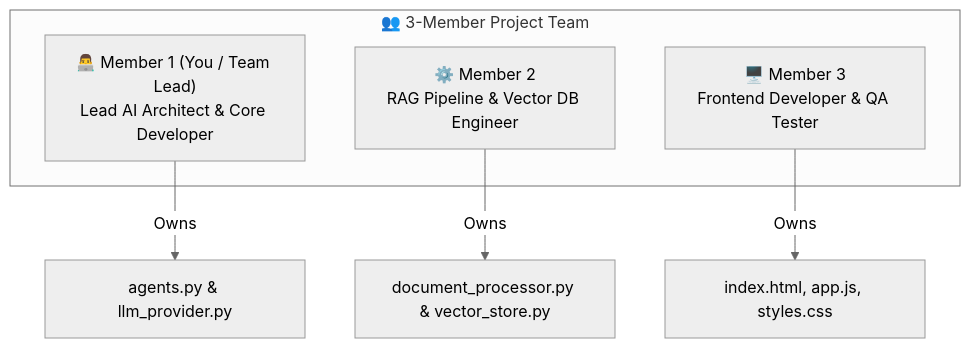
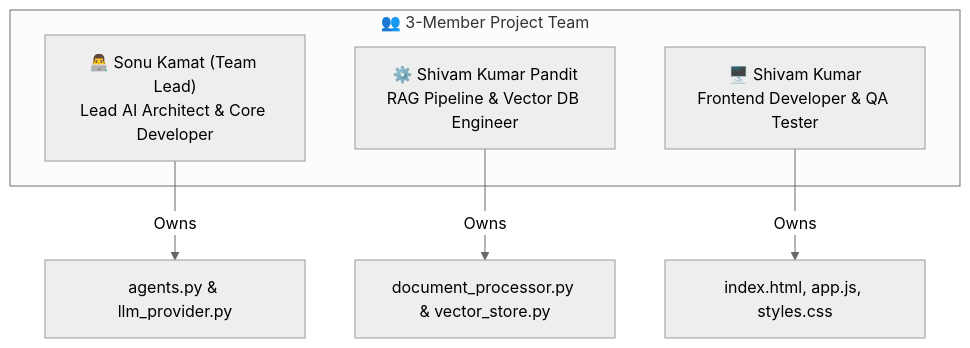
Before and after one commit to Sonukamat/Nexora-workspace: the diagram in Nexora_Team_Role_Distribution.md, drawn with Mermaid (neutral theme). The commit also changed other lines of this file and 19 other files, not shown here.

````diff
--- a/Nexora_Team_Role_Distribution.md
+++ b/Nexora_Team_Role_Distribution.md
@@ -11,12 +11,12 @@
 ```mermaid
 graph TD
     subgraph Team ["👥 3-Member Project Team"]
-        M1["👨‍💻 Member 1 (You / Team Lead)<br/>Lead AI Architect & Core Developer"]
-        M2["⚙️ Member 2<br/>RAG Pipeline & Vector DB Engineer"]
-        M3["🖥️ Member 3<br/>Frontend Developer & QA Tester"]
+        M1["👨‍💻 Sonu Kamat (Team Lead)<br/>Lead AI Architect & Core Developer"]
+        M2["⚙️ Shivam Kumar Pandit<br/>RAG Pipeline & Vector DB Engineer"]
+        M3["🖥️ Shivam Kumar<br/>Frontend Developer & QA Tester"]
     end
 
     M1 -->|Owns| Agents["agents.py & llm_provider.py"]
     M2 -->|Owns| Docs["document_processor.py & vector_store.py"]
     M3 -->|Owns| UI["index.html, app.js, styles.css"]
 ```
````
